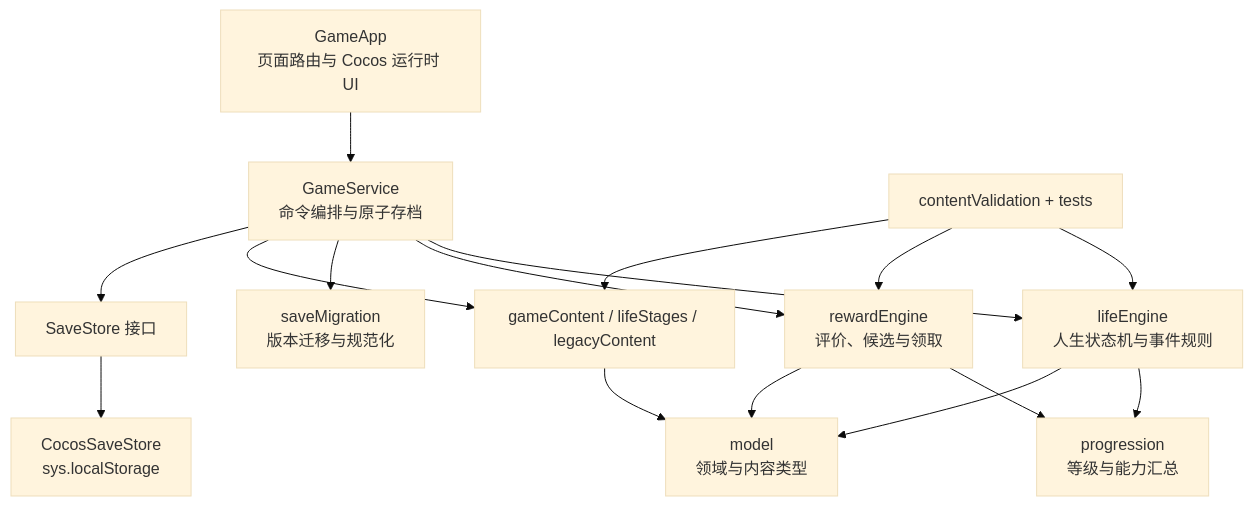
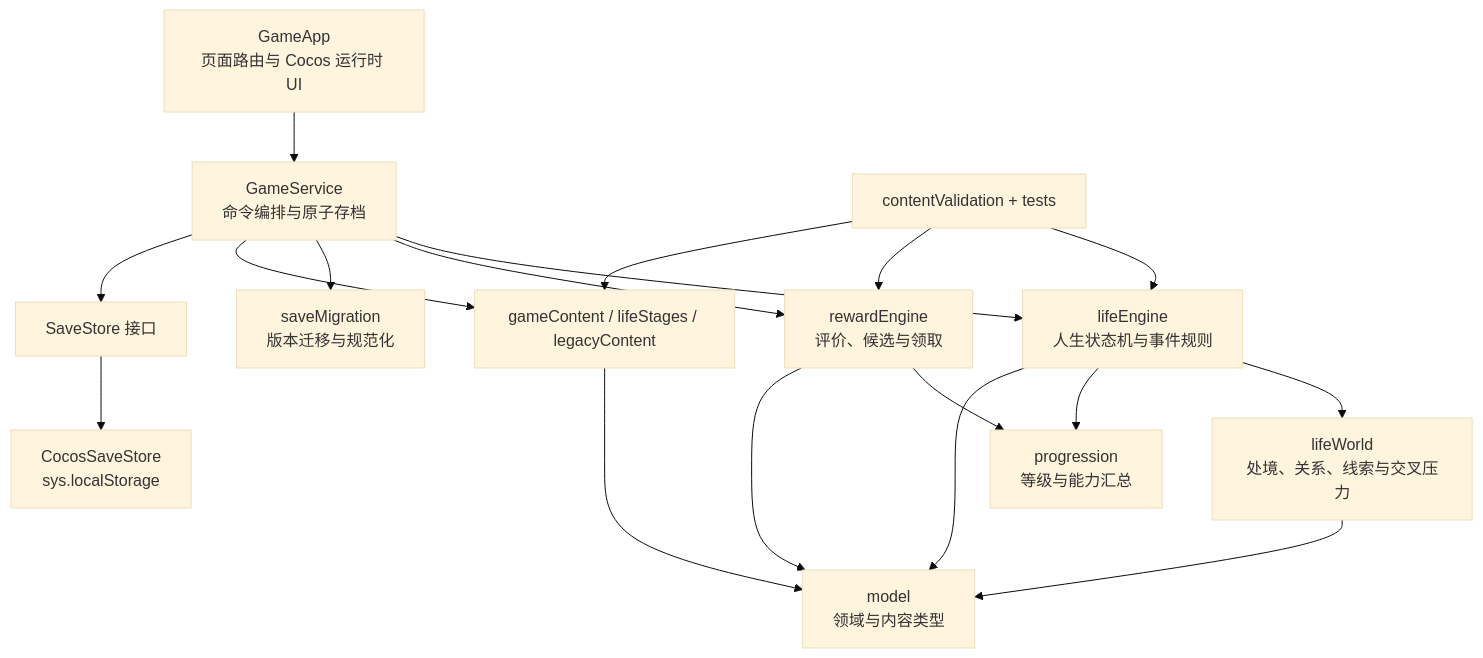
The second of 2 diagrams in Game_Design.md (lemon08x/reincarnation-life), drawn with Mermaid (base theme) before and after one commit. The commit also changed other lines of this file and 24 other files, not shown here.

````diff
--- a/Game_Design.md
+++ b/Game_Design.md
@@ -210,18 +225,20 @@
 ```mermaid
 flowchart TB
     UI[GameApp<br/>页面路由与 Cocos 运行时 UI] --> APP[GameService<br/>命令编排与原子存档]
     APP --> LIFE[lifeEngine<br/>人生状态机与事件规则]
     APP --> REWARD[rewardEngine<br/>评价、候选与领取]
+    LIFE --> WORLD[lifeWorld<br/>处境、关系、线索与交叉压力]
     LIFE --> RULES[progression<br/>等级与能力汇总]
     REWARD --> RULES
     LIFE --> MODEL[model<br/>领域与内容类型]
+    WORLD --> MODEL
     REWARD --> MODEL
     APP --> MIGRATION[saveMigration<br/>版本迁移与规范化]
     APP --> CONTENT[gameContent / lifeStages / legacyContent]
     CONTENT --> MODEL
     APP --> STORE[SaveStore 接口]
     STORE --> COCOS[CocosSaveStore<br/>sys.localStorage]
     VALIDATE[contentValidation + tests] --> LIFE
     VALIDATE --> REWARD
     VALIDATE --> CONTENT
 ```
````
